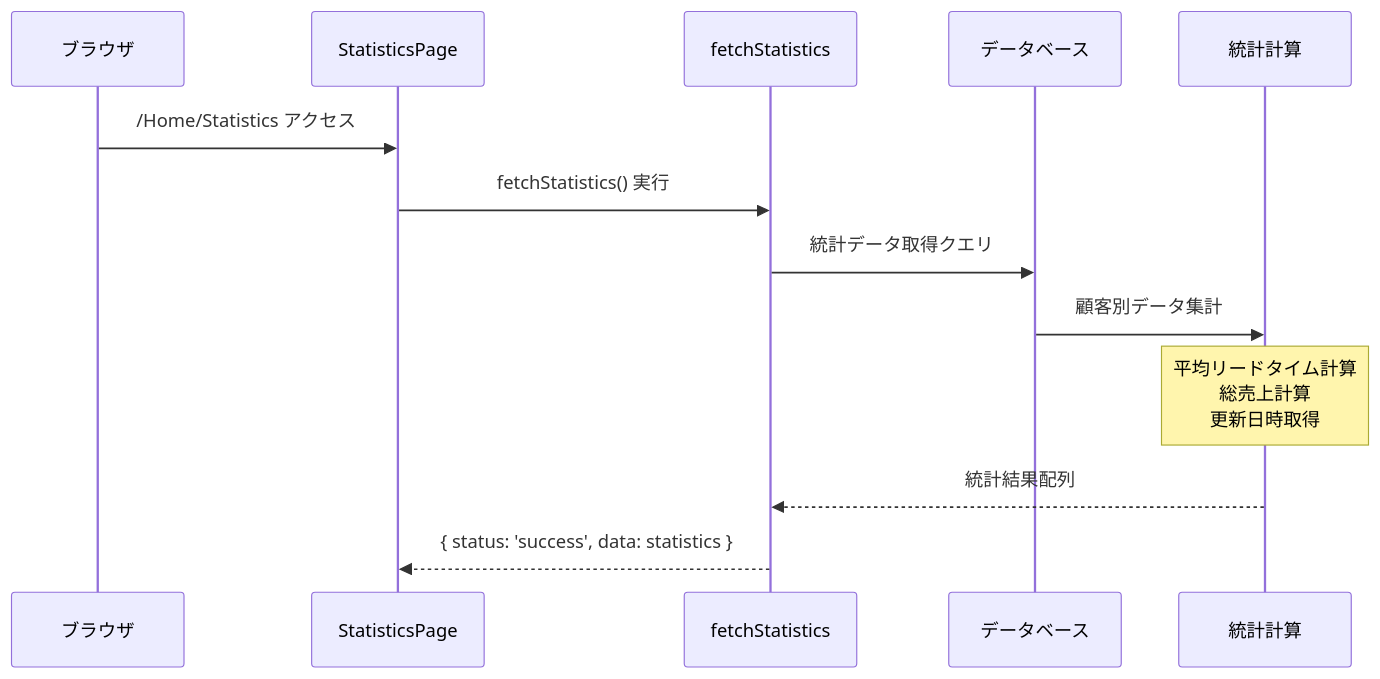
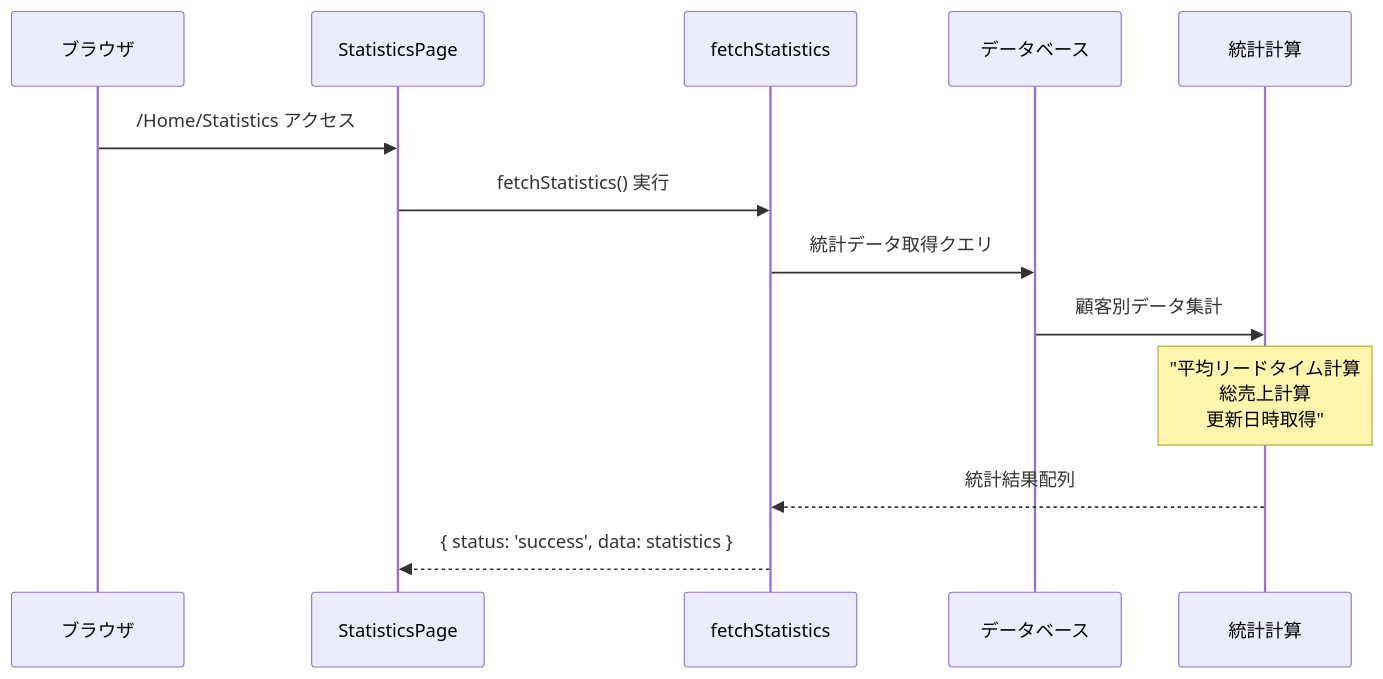
One commit to wasabi49/ocs-systemDevelopmentExercises changed the first of 11 diagrams in document/pages/sequence/Statistics.md. Above: the diagram before and after it, drawn with Mermaid. The commit also changed other lines of this file and 42 other files, not shown here.

First line of the commit message:
fix: mermaidシーケンス図のNote over文でダブルクォーテーション不足を修正

````diff
--- a/document/pages/sequence/Statistics.md
+++ b/document/pages/sequence/Statistics.md
@@ -8,18 +8,18 @@
 ```mermaid
 sequenceDiagram
     participant Browser as ブラウザ
     participant Page as StatisticsPage
     participant Actions as fetchStatistics
     participant Database as データベース
     participant Calculation as 統計計算
 
     Browser->>Page: /Home/Statistics アクセス
     Page->>Actions: fetchStatistics() 実行
     Actions->>Database: 統計データ取得クエリ
     
     Database->>Calculation: 顧客別データ集計
-    Note over Calculation: 平均リードタイム計算<br/>総売上計算<br/>更新日時取得
+    Note over Calculation: "平均リードタイム計算<br/>総売上計算<br/>更新日時取得"
     
     Calculation-->>Actions: 統計結果配列
     Actions-->>Page: { status: 'success', data: statistics }
 ```
````
